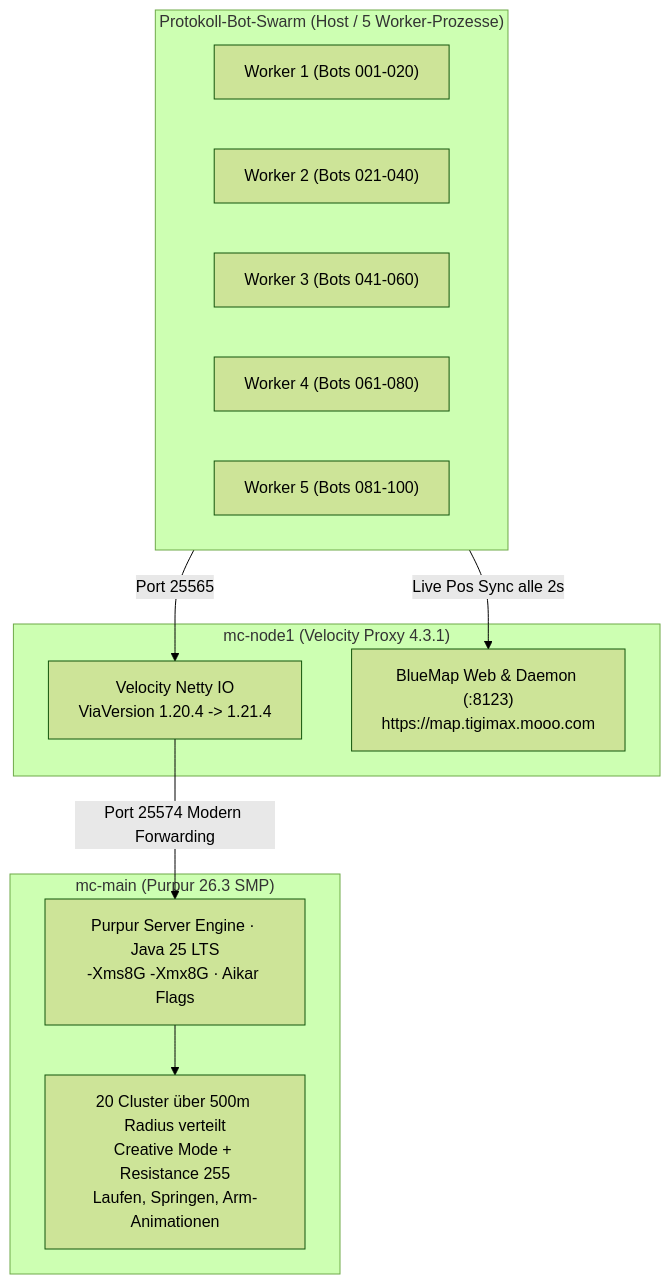
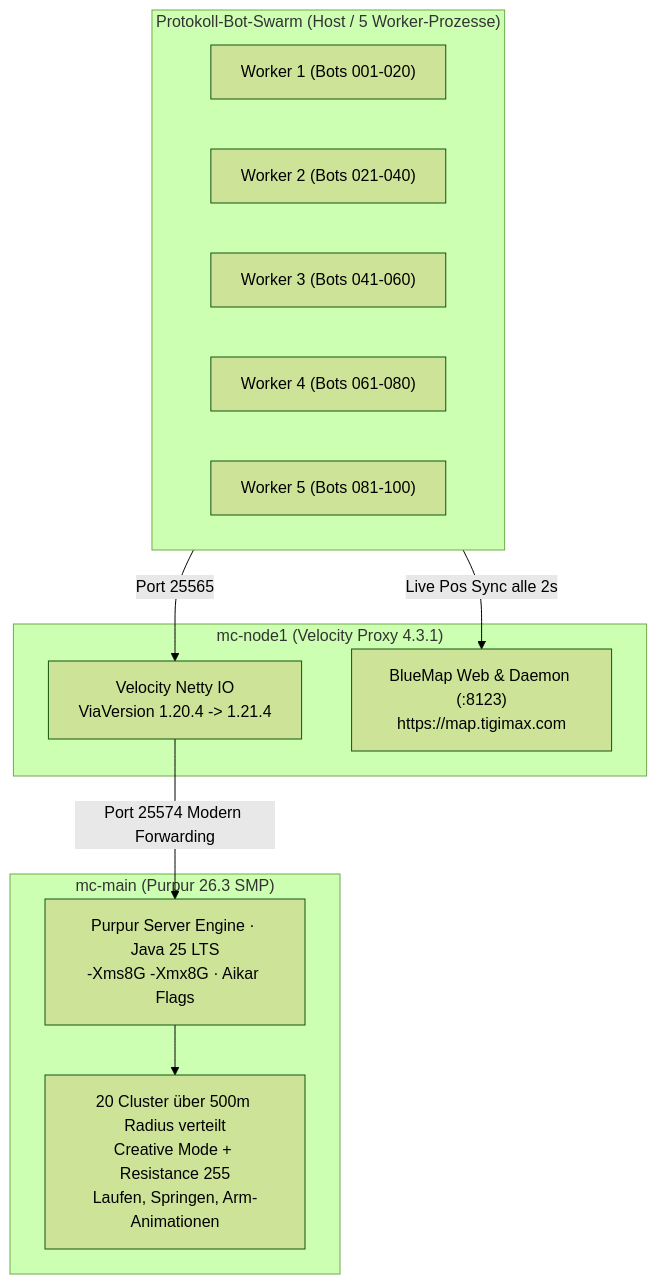
Before and after one commit to Tigimax/minecraft-weihnachtsdorf-team: the third of 3 diagrams in docs/benchmark_hauptnode_stress_test_report.md, drawn with Mermaid (forest theme). The commit also changed other lines of this file and 55 other files, not shown here.

Commit message:
feat(domain): migrate primary URLs to tigimax.com while keeping mooo.com aliases

````diff
--- a/docs/benchmark_hauptnode_stress_test_report.md
+++ b/docs/benchmark_hauptnode_stress_test_report.md
@@ -177,25 +177,25 @@
 ```mermaid
 flowchart TD
     subgraph SWARM["Protokoll-Bot-Swarm (Host / 5 Worker-Prozesse)"]
         W1["Worker 1 (Bots 001-020)"]
         W2["Worker 2 (Bots 021-040)"]
         W3["Worker 3 (Bots 041-060)"]
         W4["Worker 4 (Bots 061-080)"]
         W5["Worker 5 (Bots 081-100)"]
     end
 
     subgraph PROXY["mc-node1 (Velocity Proxy 4.3.1)"]
         VEL["Velocity Netty IO<br/>ViaVersion 1.20.4 -> 1.21.4"]
-        BM["BlueMap Web & Daemon (:8123)<br/>https://map.tigimax.mooo.com"]
+        BM["BlueMap Web & Daemon (:8123)<br/>https://map.tigimax.com"]
     end
 
     subgraph SERVER["mc-main (Purpur 26.3 SMP)"]
         PUR["Purpur Server Engine · Java 25 LTS<br/>-Xms8G -Xmx8G · Aikar Flags"]
         CLUSTERS["20 Cluster über 500m Radius verteilt<br/>Creative Mode + Resistance 255<br/>Laufen, Springen, Arm-Animationen"]
     end
 
     SWARM -->|Port 25565| VEL
     VEL -->|Port 25574 Modern Forwarding| PUR
     PUR --> CLUSTERS
     SWARM -->|Live Pos Sync alle 2s| BM
 ```
````
